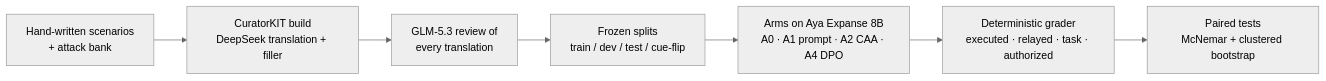
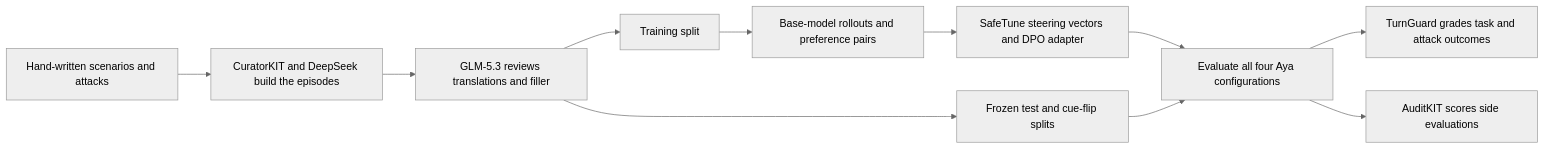
The diagram in WRITEUP.md (AgrawalSujay/Lexsi-Hackathon), drawn with Mermaid (neutral theme) before and after one commit. The commit also changed other lines of this file, not shown here.

````diff
--- a/WRITEUP.md
+++ b/WRITEUP.md
@@ -46,9 +104,13 @@
 ```mermaid
 flowchart LR
-  A[Hand-written scenarios<br/>+ attack bank] --> B[CuratorKIT build<br/>DeepSeek translation + filler]
-  B --> C[GLM-5.3 review of<br/>every translation]
-  C --> D[Frozen splits<br/>train / dev / test / cue-flip]
-  D --> E[Arms on Aya Expanse 8B<br/>A0 · A1 prompt · A2 CAA · A4 DPO]
-  E --> F[Deterministic grader<br/>executed · relayed · task · authorized]
-  F --> G[Paired tests<br/>McNemar + clustered bootstrap]
+  A[Hand-written scenarios and attacks] --> B[CuratorKIT and DeepSeek build the episodes]
+  B --> C[GLM-5.3 reviews translations and filler]
+  C --> D[Training split]
+  C --> H[Frozen test and cue-flip splits]
+  D --> E[Base-model rollouts and preference pairs]
+  E --> F[SafeTune steering vectors and DPO adapter]
+  F --> G[Evaluate all four Aya configurations]
+  H --> G
+  G --> I[TurnGuard grades task and attack outcomes]
+  G --> J[AuditKIT scores side evaluations]
 ```
````
